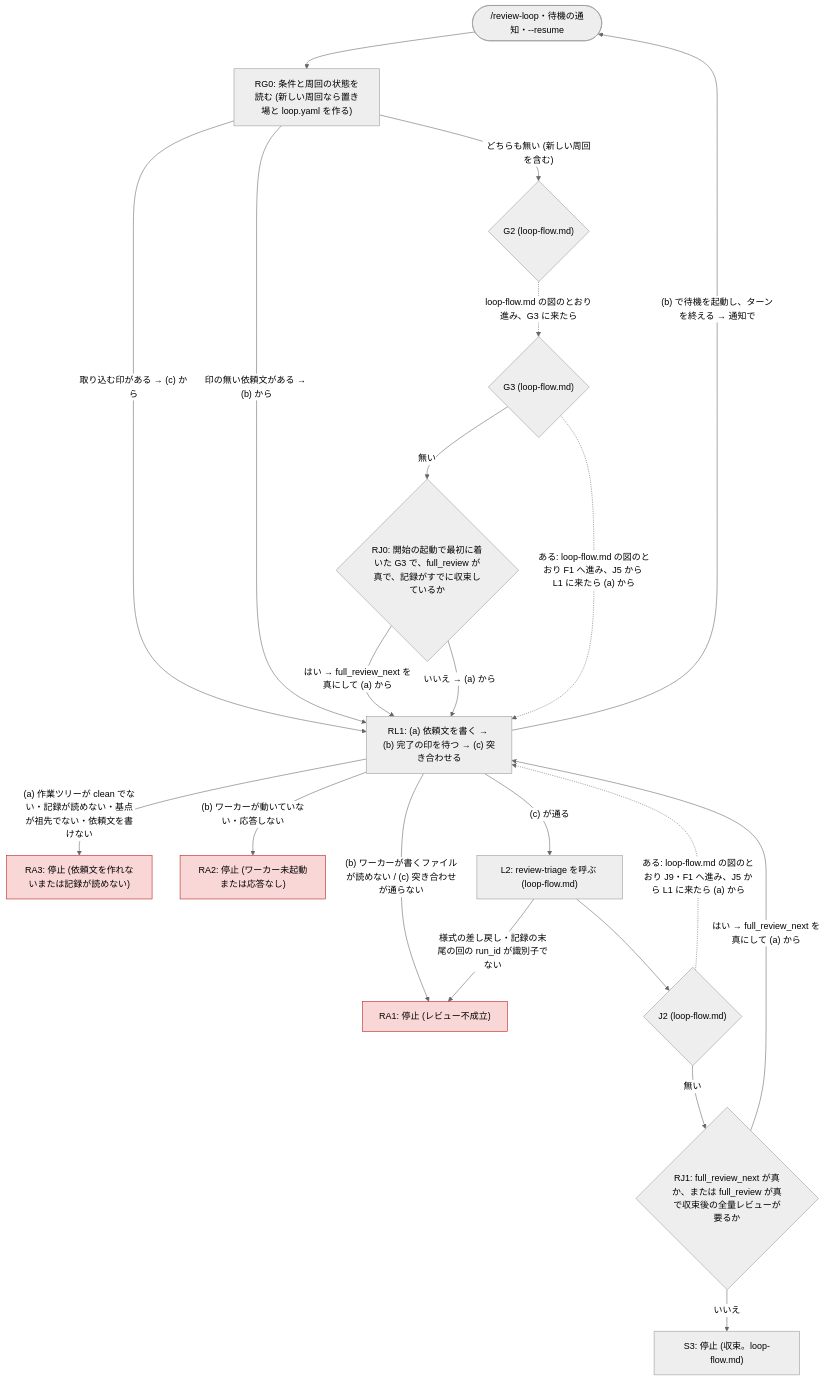
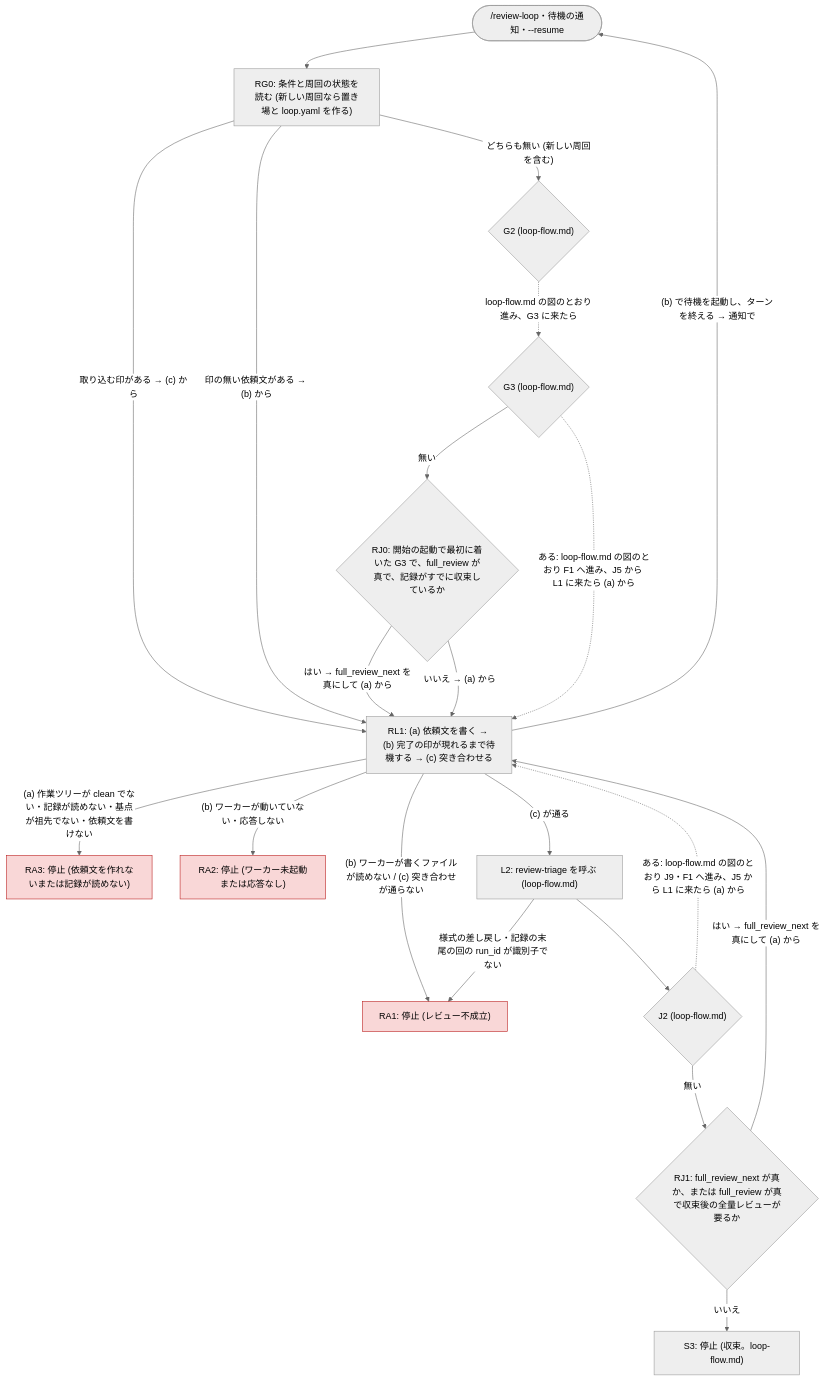
Before and after one commit to akm/claude-plugins: the diagram in review-triage/skills/review-loop/references/stops.md, drawn with Mermaid (neutral theme). The commit also changed other lines of this file and 11 other files, not shown here.

````diff
--- a/review-triage/skills/review-loop/references/stops.md
+++ b/review-triage/skills/review-loop/references/stops.md
@@ -12,41 +12,41 @@
 ```mermaid
 flowchart TD
   IN(["/review-loop・待機の通知・--resume"])
   RG0["RG0: 条件と周回の状態を読む (新しい周回なら置き場と loop.yaml を作る)"]
-  RL1["RL1: (a) 依頼文を書く → (b) 完了の印を待つ → (c) 突き合わせる"]
+  RL1["RL1: (a) 依頼文を書く → (b) 完了の印が現れるまで待機する → (c) 突き合わせる"]
   G2{"G2 (loop-flow.md)"}
   G3{"G3 (loop-flow.md)"}
   RJ0{"RJ0: 開始の起動で最初に着いた G3 で、full_review が真で、記録がすでに収束しているか"}
   L2["L2: review-triage を呼ぶ (loop-flow.md)"]
   J2{"J2 (loop-flow.md)"}
   RJ1{"RJ1: full_review_next が真か、または full_review が真で収束後の全量レビューが要るか"}
   S3["S3: 停止 (収束。loop-flow.md)"]
   RA1["RA1: 停止 (レビュー不成立)"]
   RA2["RA2: 停止 (ワーカー未起動または応答なし)"]
   RA3["RA3: 停止 (依頼文を作れないまたは記録が読めない)"]
 
   IN --> RG0
   RG0 -- "取り込む印がある → (c) から" --> RL1
   RG0 -- "印の無い依頼文がある → (b) から" --> RL1
   RG0 -- "どちらも無い (新しい周回を含む)" --> G2
   G2 -. "loop-flow.md の図のとおり進み、G3 に来たら" .-> G3
   G3 -- 無い --> RJ0
   G3 -. "ある: loop-flow.md の図のとおり F1 へ進み、J5 から L1 に来たら (a) から" .-> RL1
   RJ0 -- "はい → full_review_next を真にして (a) から" --> RL1
   RJ0 -- "いいえ → (a) から" --> RL1
   RL1 -- "(b) で待機を起動し、ターンを終える → 通知で" --> IN
   RL1 -- "(a) 作業ツリーが clean でない・記録が読めない・基点が祖先でない・依頼文を書けない" --> RA3
   RL1 -- "(b) ワーカーが動いていない・応答しない" --> RA2
   RL1 -- "(b) ワーカーが書くファイルが読めない / (c) 突き合わせが通らない" --> RA1
   RL1 -- "(c) が通る" --> L2
   L2 -- "様式の差し戻し・記録の末尾の回の run_id が識別子でない" --> RA1
   L2 --> J2
   J2 -. "ある: loop-flow.md の図のとおり J9・F1 へ進み、J5 から L1 に来たら (a) から" .-> RL1
   J2 -- 無い --> RJ1
   RJ1 -- "はい → full_review_next を真にして (a) から" --> RL1
   RJ1 -- いいえ --> S3
 
   style RA1 fill:#dc26262e,stroke:#b91c1c
   style RA2 fill:#dc26262e,stroke:#b91c1c
   style RA3 fill:#dc26262e,stroke:#b91c1c
 ```
````
